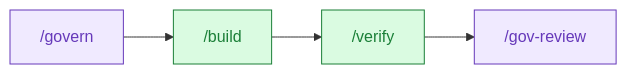
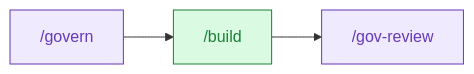
The second of 10 diagrams in README.md (DoctorMozg/claude-pipelines), drawn with Mermaid before and after one commit. The commit also changed other lines of this file and 73 other files, not shown here.

````diff
--- a/README.md
+++ b/README.md
@@ -35,8 +33,7 @@
 ```mermaid
 flowchart LR
     A["/govern"]:::gov --> B["/build"]:::pipe
-    B --> C["/verify"]:::pipe
-    C --> D["/gov-review"]:::gov
+    B --> C["/gov-review"]:::gov
     classDef gov fill:#f0eaff,stroke:#6639ba,color:#6639ba
     classDef pipe fill:#dafbe1,stroke:#1a7f37,color:#1a7f37
 ```
````
